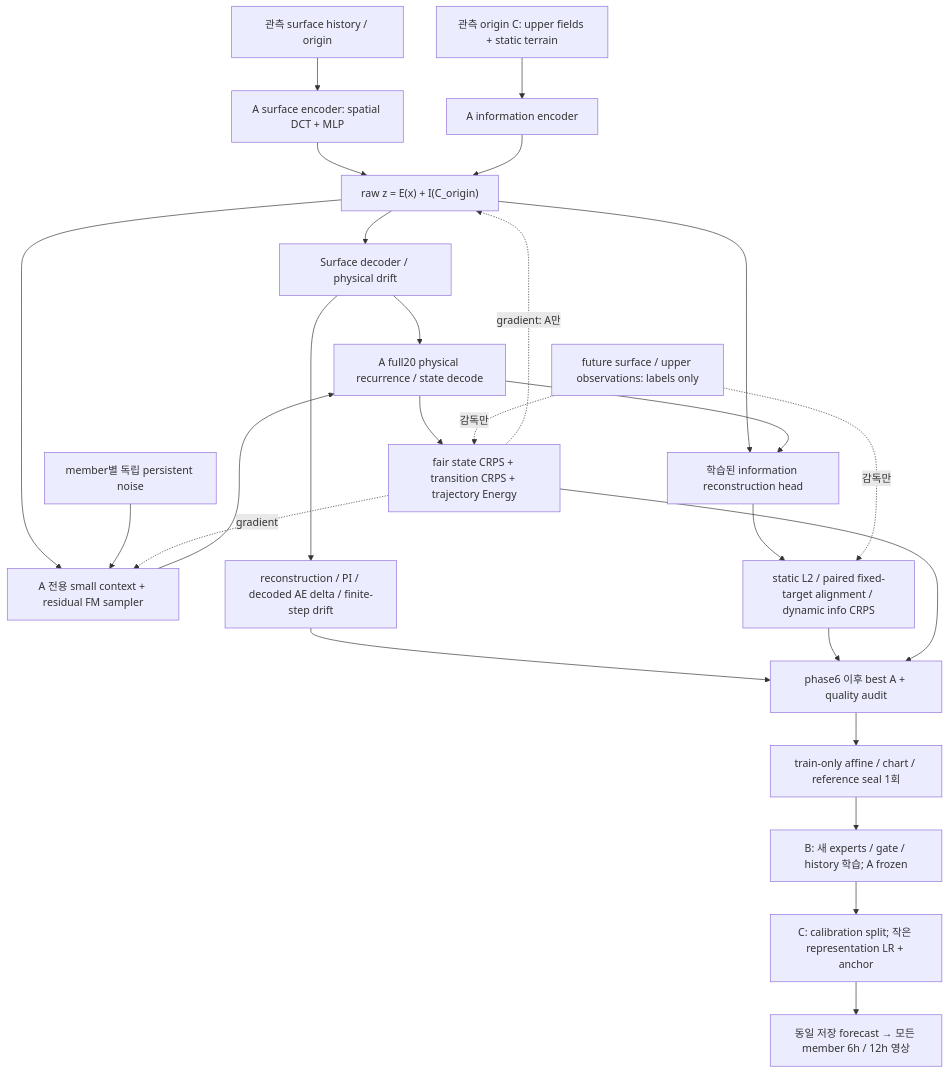
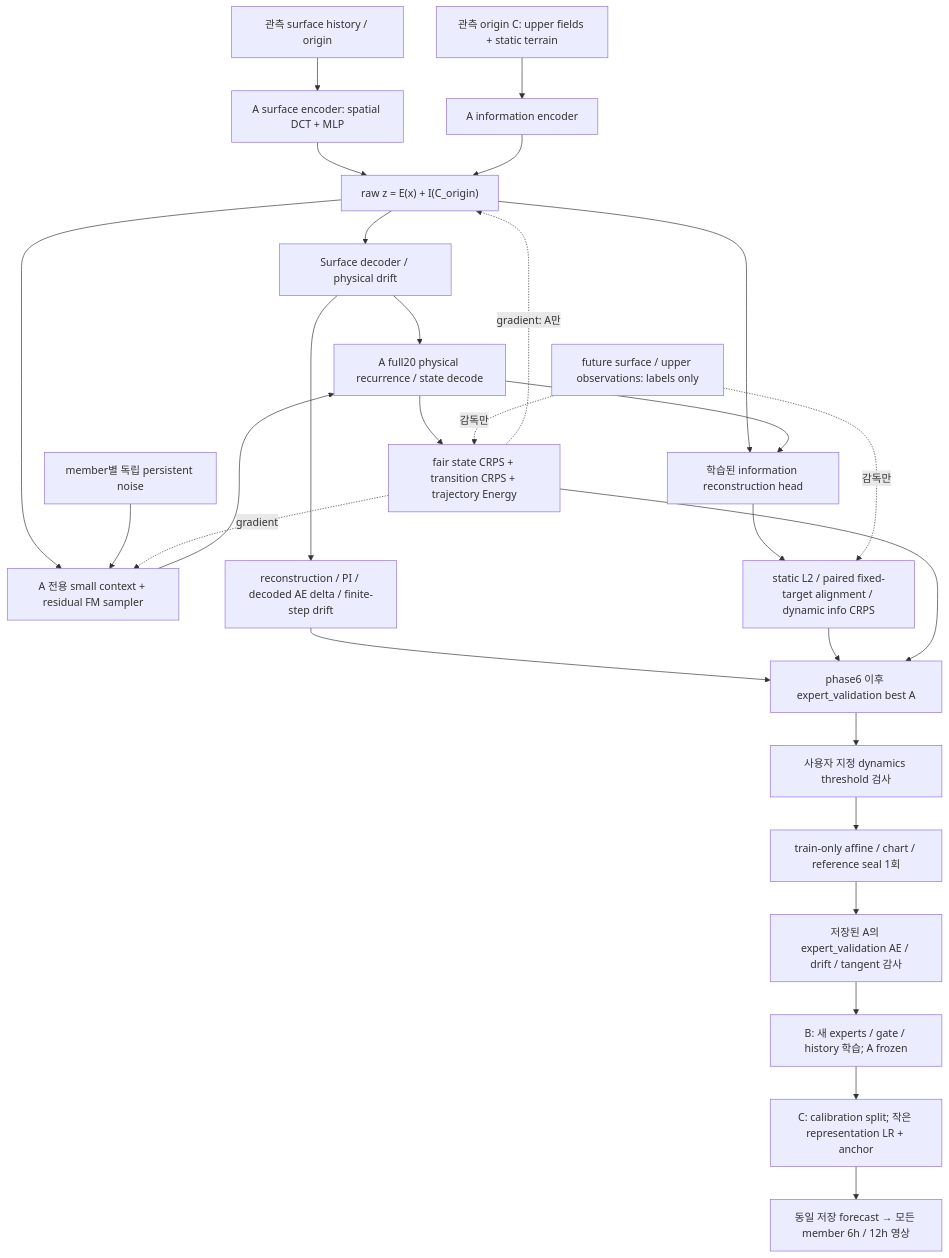
One commit to nayehyeon61-glitch/climate_diffusion changed the first of 3 diagrams in struct-picture/16-separate-a-information-process.md. Above: the diagram before and after it, drawn with Mermaid. The commit also changed other lines of this file and 21 other files, not shown here.

First line of the commit message:
Audit separated A pipeline and fix evaluation and validation safeguards

````diff
--- a/struct-picture/16-separate-a-information-process.md
+++ b/struct-picture/16-separate-a-information-process.md
@@ -6,28 +6,30 @@
 ```mermaid
 flowchart TB
     H["관측 surface history / origin"] --> E["A surface encoder: spatial DCT + MLP"]
     C["관측 origin C: upper fields + static terrain"] --> I["A information encoder"]
     E --> Z["raw z = E(x) + I(C_origin)"]
     I --> Z
     Z --> R["Surface decoder / physical drift"]
     Z --> AUX["A 전용 small context + residual FM sampler"]
     N["member별 독립 persistent noise"] --> AUX
     AUX --> AP["A full20 physical recurrence / state decode"]
     R --> AP
     AP --> AL["fair state CRPS + transition CRPS + trajectory Energy"]
     R --> DL["reconstruction / PI / decoded AE delta / finite-step drift"]
     Z --> IH["학습된 information reconstruction head"]
     IH --> IL["static L2 / paired fixed-target alignment / dynamic info CRPS"]
     AP --> IH
     FT["future surface / upper observations: labels only"] -. "감독만" .-> AL
     FT -. "감독만" .-> IL
     AL -. "gradient: A만" .-> Z
     AL -. "gradient" .-> AUX
-    DL --> BEST["phase6 이후 best A + quality audit"]
+    DL --> BEST["phase6 이후 expert_validation best A"]
     IL --> BEST
     AL --> BEST
-    BEST --> SEAL["train-only affine / chart / reference seal 1회"]
-    SEAL --> B["B: 새 experts / gate / history 학습; A frozen"]
+    BEST --> QUALITY["사용자 지정 dynamics threshold 검사"]
+    QUALITY --> SEAL["train-only affine / chart / reference seal 1회"]
+    SEAL --> AUDIT["저장된 A의 expert_validation AE / drift / tangent 감사"]
+    AUDIT --> B["B: 새 experts / gate / history 학습; A frozen"]
     B --> CAL["C: calibration split; 작은 representation LR + anchor"]
     CAL --> OUT["동일 저장 forecast → 모든 member 6h / 12h 영상"]
 ```
````
